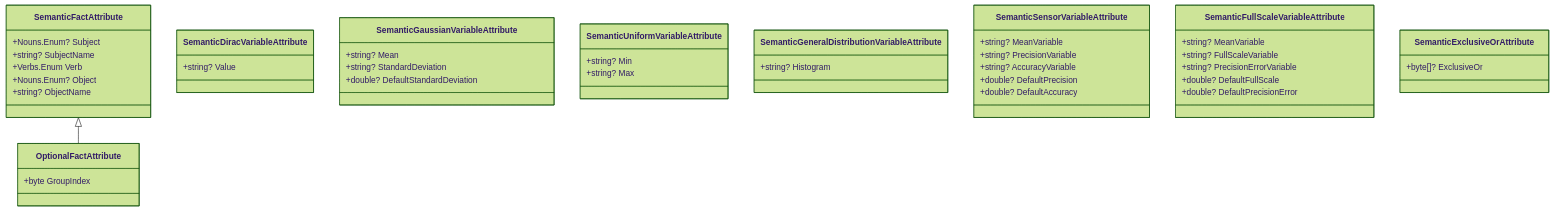
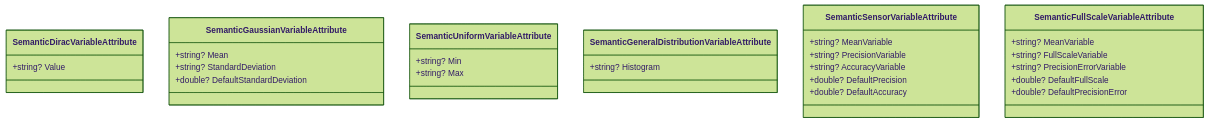
Before and after one commit to Open-Source-Drilling-Community/DotNetLibraries: the sixth of 7 diagrams in OSDC.DotnetLibraries.General/OSDC.DotnetLibraries.Drilling.DrillingProperties/readme.md, drawn with Mermaid (forest theme). The commit also changed other lines of this file and 32 other files, not shown here.

````diff
--- a/OSDC.DotnetLibraries.General/OSDC.DotnetLibraries.Drilling.DrillingProperties/readme.md
+++ b/OSDC.DotnetLibraries.General/OSDC.DotnetLibraries.Drilling.DrillingProperties/readme.md
@@ -260,44 +302,32 @@
 ```mermaid
 classDiagram
-    SemanticFactAttribute <|-- OptionalFactAttribute
-    SemanticFactAttribute : +Nouns.Enum? Subject
-    SemanticFactAttribute : +string? SubjectName
-    SemanticFactAttribute : +Verbs.Enum Verb
-    SemanticFactAttribute : +Nouns.Enum? Object
-    SemanticFactAttribute : +string? ObjectName
-    class OptionalFactAttribute {
-        +byte GroupIndex
-    }
     class SemanticDiracVariableAttribute {
         +string? Value
     }
     class SemanticGaussianVariableAttribute {
         +string? Mean
         +string? StandardDeviation
         +double? DefaultStandardDeviation
     }
     class SemanticUniformVariableAttribute {
         +string? Min
         +string? Max
     }
     class SemanticGeneralDistributionVariableAttribute {
         +string? Histogram
     }
     class SemanticSensorVariableAttribute {
         +string? MeanVariable
         +string? PrecisionVariable
         +string? AccuracyVariable
         +double? DefaultPrecision
         +double? DefaultAccuracy
    }
    class SemanticFullScaleVariableAttribute {
         +string? MeanVariable
         +string? FullScaleVariable
         +string? PrecisionErrorVariable
         +double? DefaultFullScale
         +double? DefaultPrecisionError
    }
-   class SemanticExclusiveOrAttribute {
-        +byte[]? ExclusiveOr
-   }
 ```
````
